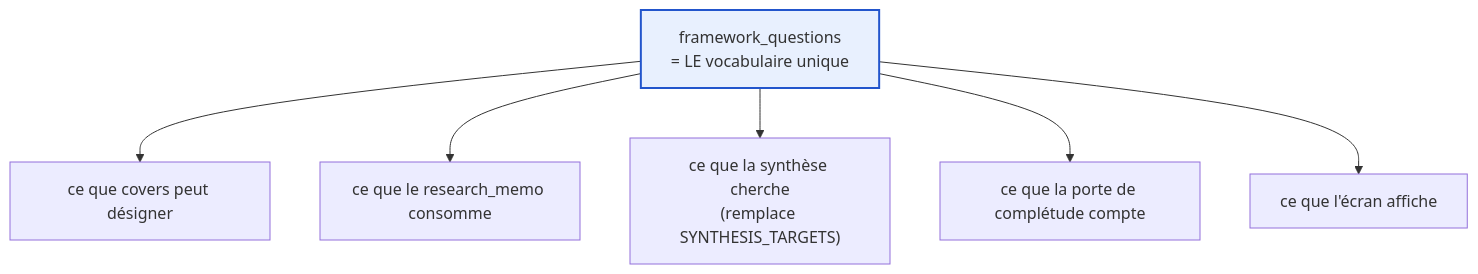
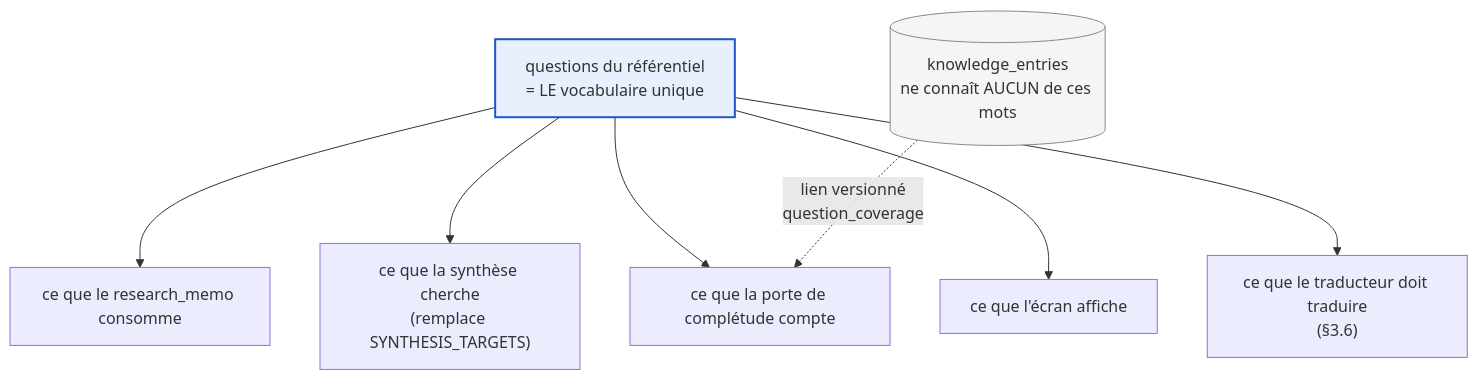
One commit to jeanlangloismeurinne/ai-vps-projects changed diagram 11 of 15 in projects/portfolio-tracker/roadmap/03-spec-frameworks.md. Above: the diagram before and after it, drawn with Mermaid. The commit also changed other lines of this file and 11 other files, not shown here.

````diff
--- a/projects/portfolio-tracker/roadmap/03-spec-frameworks.md
+++ b/projects/portfolio-tracker/roadmap/03-spec-frameworks.md
@@ -658,10 +963,13 @@
 ```mermaid
 graph TD
-  FQ["framework_questions<br/>= LE vocabulaire unique"]
-  FQ --> IDX["ce que covers peut désigner"]
+  FQ["questions du référentiel<br/>= LE vocabulaire unique"]
   FQ --> MEM["ce que le research_memo consomme"]
   FQ --> SYN["ce que la synthèse cherche<br/>(remplace SYNTHESIS_TARGETS)"]
   FQ --> GATE["ce que la porte de complétude compte"]
   FQ --> UX["ce que l'écran affiche"]
+  FQ --> PLAN["ce que le traducteur doit traduire<br/>(§3.6)"]
+  KE[("knowledge_entries<br/>ne connaît AUCUN de ces mots")]
+  KE -.->|"lien versionné<br/>question_coverage"| GATE
   style FQ fill:#e8f0fe,stroke:#2255cc,stroke-width:2px
+  style KE fill:#f5f5f5,stroke:#888
 ```
````
